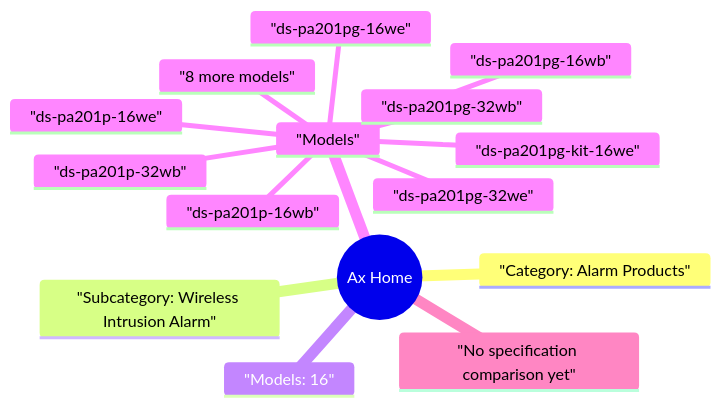
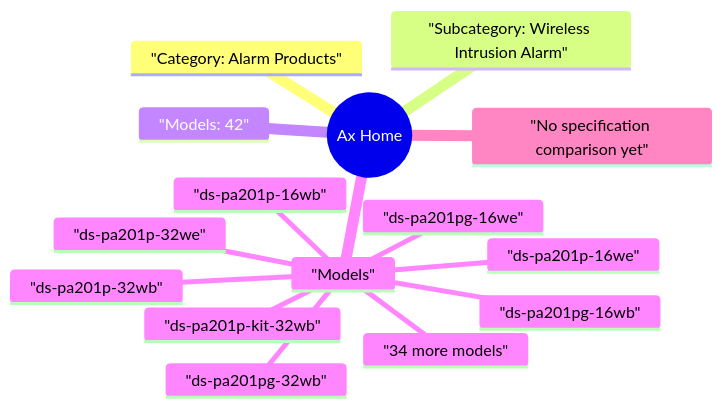
Before and after one commit to 123321step/hikvision-product-map: the diagram in site/mindmaps/en-alarm-products-wireless-intrusion-alarm-ax-home.mmd, drawn with Mermaid. The commit also changed 136 other files, not shown here.

```diff
--- a/site/mindmaps/en-alarm-products-wireless-intrusion-alarm-ax-home.mmd
+++ b/site/mindmaps/en-alarm-products-wireless-intrusion-alarm-ax-home.mmd
@@ -1,16 +1,16 @@
 mindmap
   root(("Ax Home"))
     "Category: Alarm Products"
     "Subcategory: Wireless Intrusion Alarm"
-    "Models: 16"
+    "Models: 42"
     "Models"
       "ds-pa201p-16wb"
       "ds-pa201p-16we"
       "ds-pa201p-32wb"
+      "ds-pa201p-32we"
+      "ds-pa201p-kit-32wb"
       "ds-pa201pg-16wb"
       "ds-pa201pg-16we"
       "ds-pa201pg-32wb"
-      "ds-pa201pg-32we"
-      "ds-pa201pg-kit-16we"
-      "8 more models"
+      "34 more models"
     "No specification comparison yet"
```
